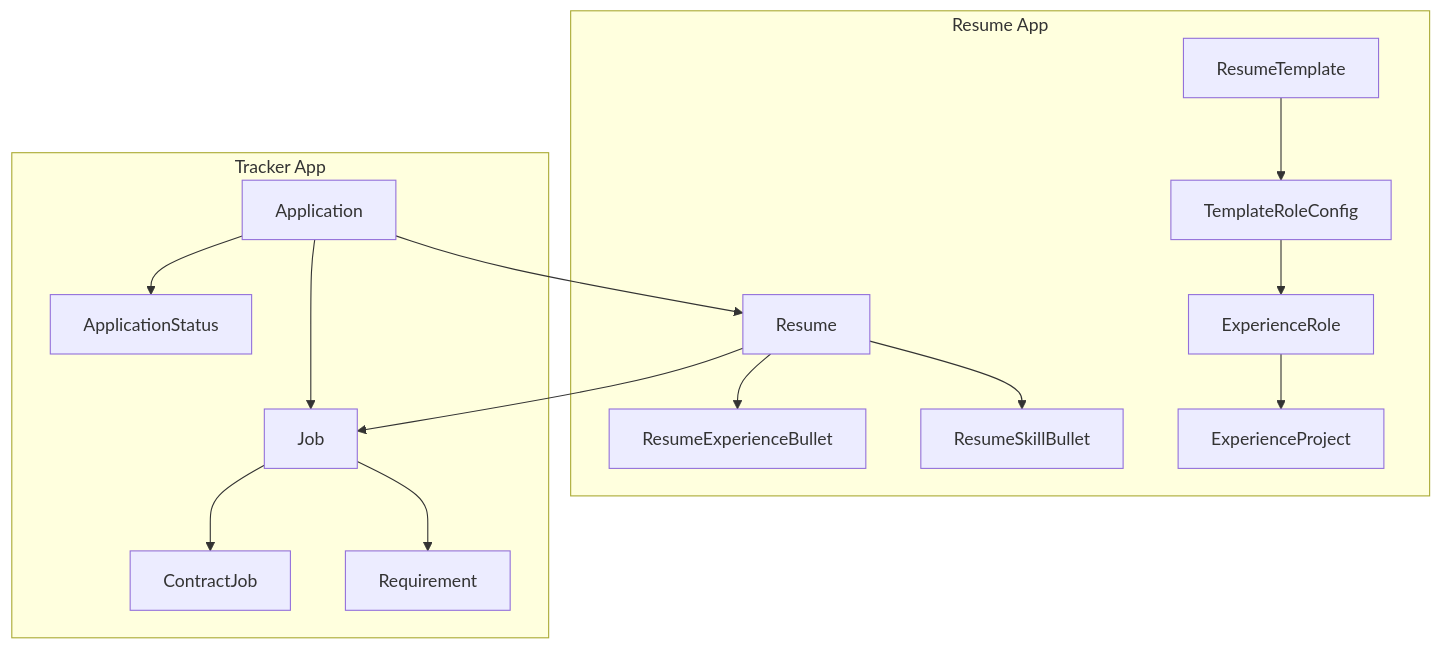
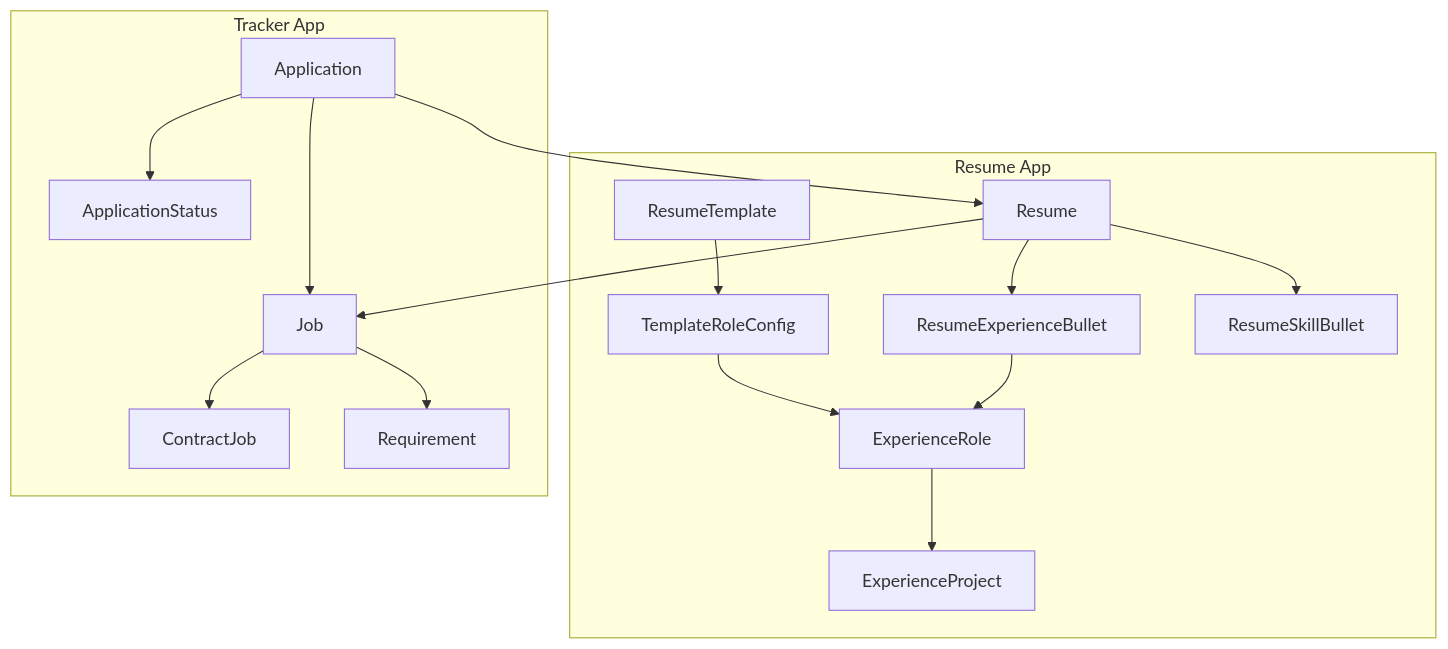
One commit to vhidrogo/job-search-automation changed the first of 2 diagrams in docs/system_design.md. Above: the diagram before and after it, drawn with Mermaid. The commit also changed other lines of this file, not shown here.

Commit message:
docs: Update design for ResumeExperienceBullet

````diff
--- a/docs/system_design.md
+++ b/docs/system_design.md
@@ -181,35 +181,36 @@
 ```mermaid
 flowchart TD
     subgraph Resume App
         RT[ResumeTemplate]
         TRC[TemplateRoleConfig]
         R[Resume]
         REB[ResumeExperienceBullet]
         RSB[ResumeSkillBullet]
         ER[ExperienceRole]
         EP[ExperienceProject]
 
         RT --> TRC
         TRC --> ER
         R --> REB
         R --> RSB
+        REB --> ER
         ER --> EP
     end
 
     subgraph Tracker App
         J[Job]
         C[ContractJob]
         Req[Requirement]
         A[Application]
         AS[ApplicationStatus]
 
         J --> Req
         J --> C
         A --> R
         A --> J
         A --> AS
     end
 
     %% Cross-app references
     R --> J
 ```
````
